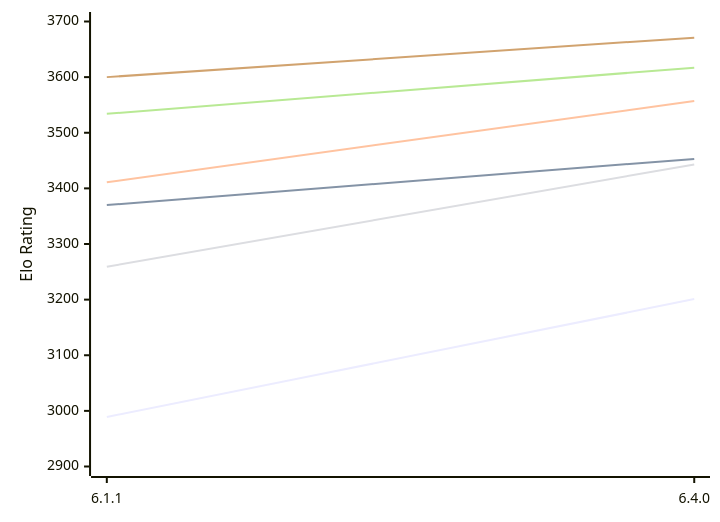
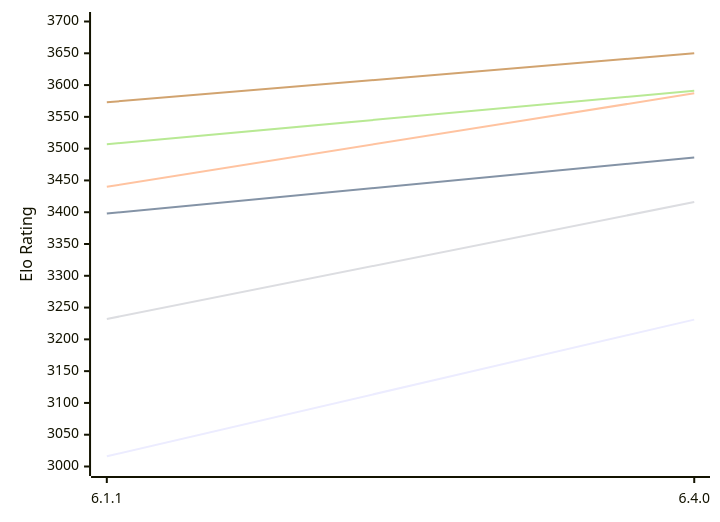
The first of 2 diagrams in engines/Zigqueen.md (computer-chess-index/cci), drawn with Mermaid before and after one commit. The commit also changed other lines of this file, not shown here.

Commit message:
Update CCI Ratings (ELO VLTC) - 2026-10-19

````diff
--- a/engines/Zigqueen.md
+++ b/engines/Zigqueen.md
@@ -53,12 +53,12 @@
 ```mermaid
 %%{init: {"theme":"base","themeVariables":{"seriesColors:['#a3a3a3','#222221','#faa371']}}}%%
 xychart-beta
   x-axis ["6.1.1", "6.4.0"]
-  y-axis "Elo Rating" 2900 --> 3700
-  line "E1: STC (8.0+0.08s)" [2989, 3201]
-  line "E1: LTC (60.0+0.60s)" [3370, 3453]
-  line "E1: VLTC (2m24s+1.12s)" [3411, 3557]
-  line "P1: STC (8.0+0.08s)" [3259, 3443]
-  line "P1: LTC (60.0+0.60s)" [3534, 3617]
-  line "P1: VLTC (2m24s+1.12s)" [3600, 3671]
+  y-axis "Elo Rating" 3000 --> 3700
+  line "E1: STC (8.0+0.08s)" [3016, 3231]
+  line "E1: LTC (60.0+0.60s)" [3398, 3486]
+  line "E1: VLTC (2m24s+1.12s)" [3440, 3587]
+  line "P1: STC (8.0+0.08s)" [3232, 3416]
+  line "P1: LTC (60.0+0.60s)" [3507, 3591]
+  line "P1: VLTC (2m24s+1.12s)" [3573, 3650]
 ```
````
